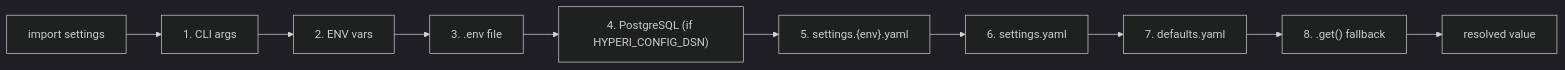
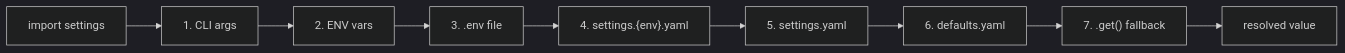
One commit to hyperi-io/scalo-py changed the diagram in docs/core-pillars/CONFIG.md. Above: the diagram before and after it, drawn with Mermaid (dark theme). The commit also changed other lines of this file and 20 other files, not shown here.

First line of the commit message:
fix: drop PostgreSQL config source (7-layer cascade)

````diff
--- a/docs/core-pillars/CONFIG.md
+++ b/docs/core-pillars/CONFIG.md
@@ -180,12 +172,11 @@
 ```mermaid
 flowchart LR
     Import["import settings"] --> CLI["1. CLI args"]
     CLI --> Env["2. ENV vars"]
     Env --> Dotenv["3. .env file"]
-    Dotenv --> PG["4. PostgreSQL (if HYPERI_CONFIG_DSN)"]
-    PG --> EnvYaml["5. settings.{env}.yaml"]
-    EnvYaml --> BaseYaml["6. settings.yaml"]
-    BaseYaml --> Defaults["7. defaults.yaml"]
-    Defaults --> Code["8. .get() fallback"]
+    Dotenv --> EnvYaml["4. settings.{env}.yaml"]
+    EnvYaml --> BaseYaml["5. settings.yaml"]
+    BaseYaml --> Defaults["6. defaults.yaml"]
+    Defaults --> Code["7. .get() fallback"]
     Code --> Value["resolved value"]
 ```
````
